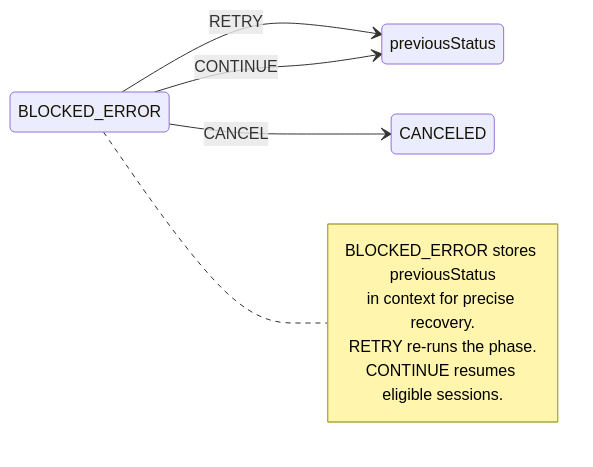
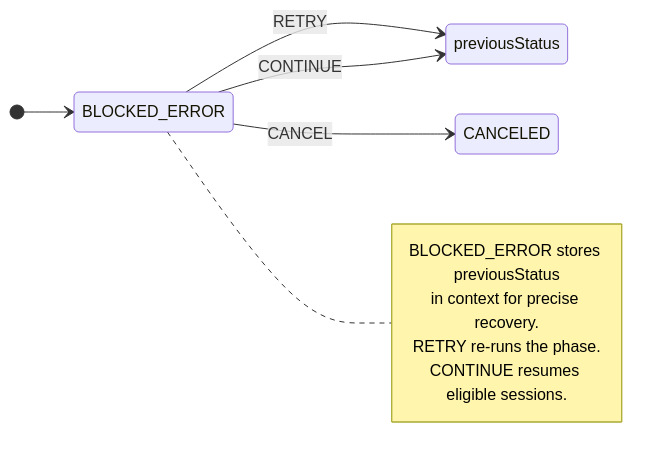
One commit to antclt/LoopTroop changed the seventh of 7 diagrams in docs/ticket-flow.md. Above: the diagram before and after it, drawn with Mermaid. The commit also changed other lines of this file, not shown here.

First line of the commit message:
fix: add entry points to state machine diagrams for proper rendering

````diff
--- a/docs/ticket-flow.md
+++ b/docs/ticket-flow.md
@@ -335,17 +343,19 @@
 ```mermaid
 stateDiagram-v2
     direction LR
+
+    [*] --> BLOCKED_ERROR
 
     state "previousStatus" as PREVIOUS_PHASE
 
     BLOCKED_ERROR --> PREVIOUS_PHASE: RETRY
     BLOCKED_ERROR --> PREVIOUS_PHASE: CONTINUE
     BLOCKED_ERROR --> CANCELED: CANCEL
 
     note right of BLOCKED_ERROR
         BLOCKED_ERROR stores previousStatus
         in context for precise recovery.
         RETRY re-runs the phase.
         CONTINUE resumes eligible sessions.
     end note
 ```
````
